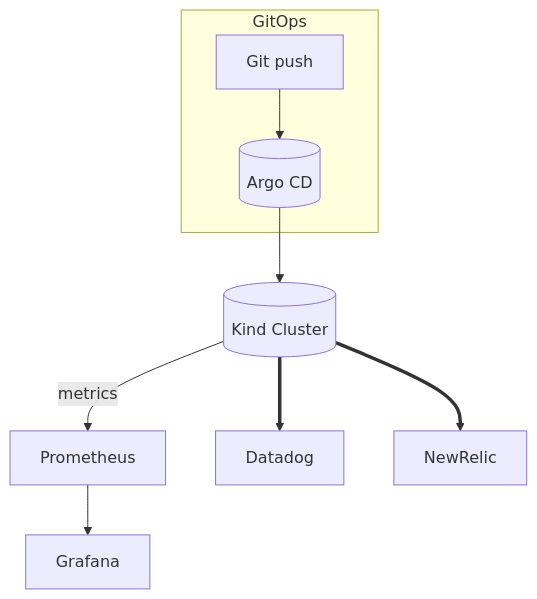
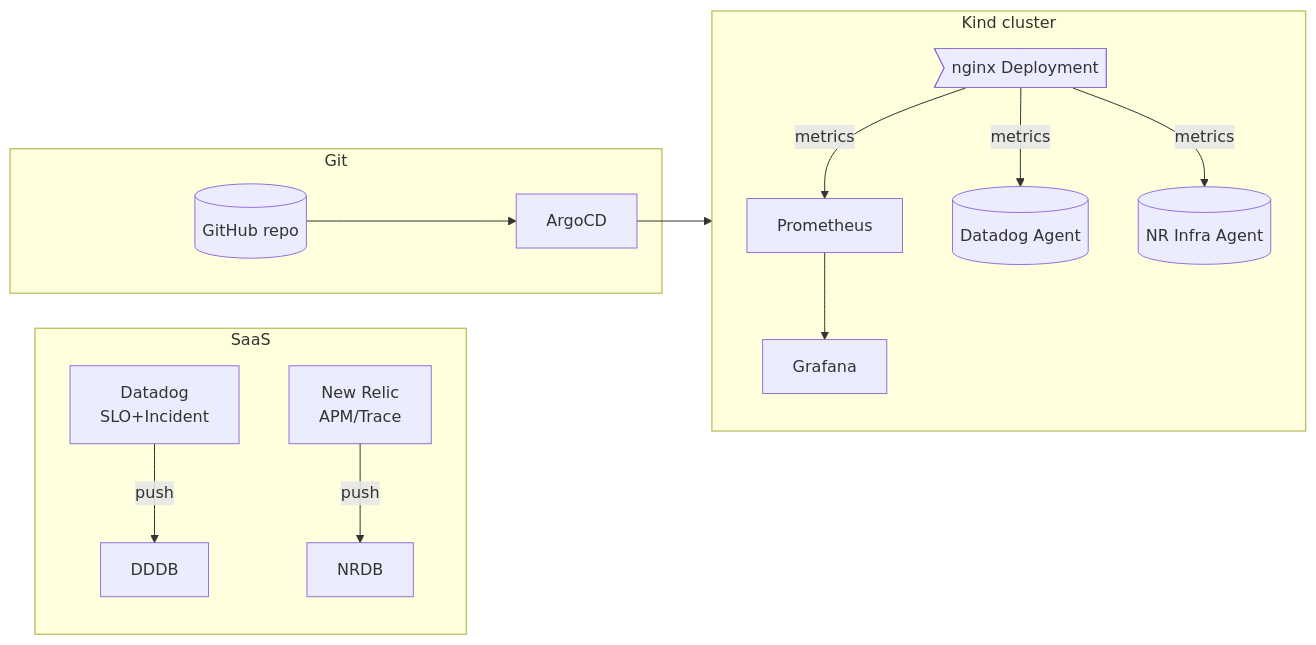
Before and after one commit to kshukshu/k8s-sre-observability-lab: the diagram in README.md, drawn with Mermaid. The commit also changed other lines of this file and 1 other file, not shown here.

````diff
--- a/README.md
+++ b/README.md
@@ -205,11 +41,21 @@
 ```mermaid
-graph TD
-  subgraph GitOps
-    Dev["Git push"] --> ArgoCD[(Argo CD)]
+flowchart LR
+  subgraph SaaS
+    DD[Datadog\nSLO+Incident] --push--> DDDB
+    NR[New Relic\nAPM/Trace] --push--> NRDB
   end
-  ArgoCD --> K8S[(Kind Cluster)]
-  K8S -->|metrics| Prometheus
-  Prometheus --> Grafana
-  K8S ==> Datadog
-  K8S ==> NewRelic
+  subgraph Cluster[Kind cluster]
+    nginx>nginx Deployment]
+    Prom[Prometheus]
+    Graf[Grafana]
+    DDagent[(Datadog Agent)]
+    NRagent[(NR Infra Agent)]
+    nginx -->|metrics| Prom
+    nginx -->|metrics| DDagent & NRagent
+    Prom --> Graf
+  end
+  subgraph Git
+    Repo[(GitHub repo)] --> ArgoCD
+  end
+  ArgoCD --> Cluster
 ```
````
